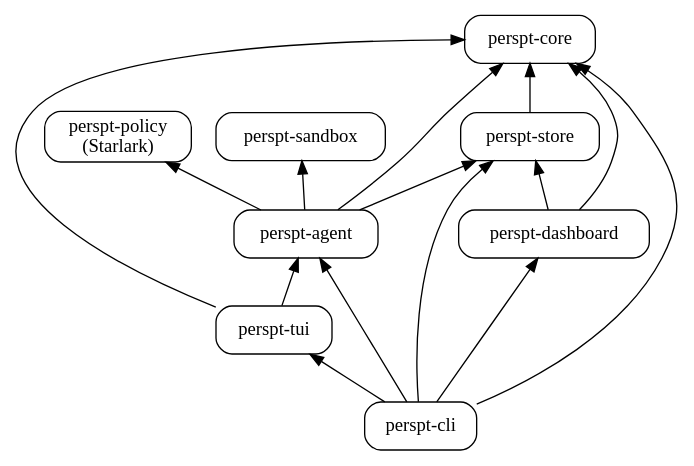
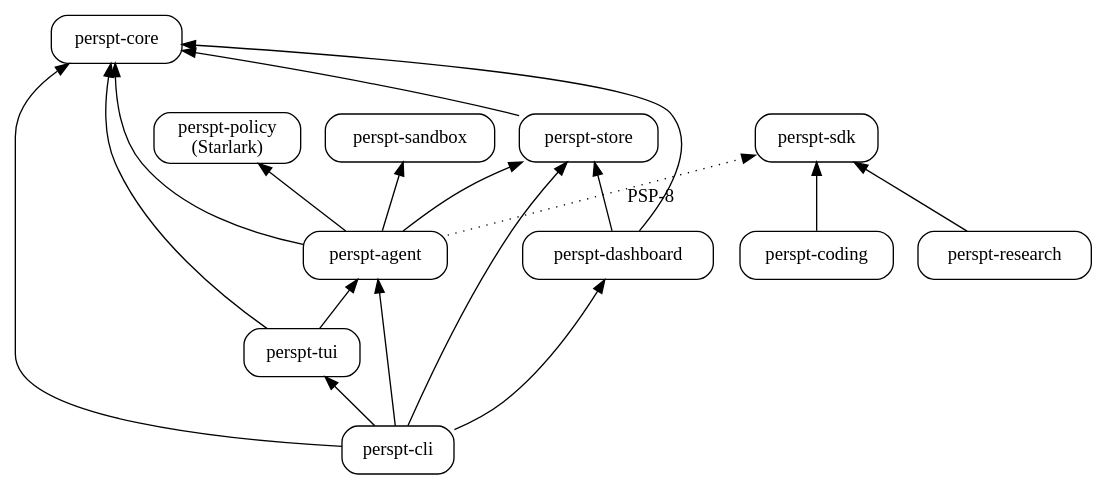
One commit to eonseed/perspt changed the diagram in docs/perspt_book/source/developer-guide/architecture.rst. Above: the diagram before and after it, drawn with Graphviz. The commit also changed other lines of this file and 38 other files, not shown here.

Commit message:
docs: Align Perspt book with the Stability paper series and PSP-8 platform

```diff
--- a/docs/perspt_book/source/developer-guide/architecture.rst
+++ b/docs/perspt_book/source/developer-guide/architecture.rst
@@ -31,23 +36,26 @@
 .. graphviz::
    :align: center
 
    digraph crates {
        rankdir=BT;
        node [shape=box, style=rounded];
        "perspt-cli" -> "perspt-core";
        "perspt-cli" -> "perspt-agent";
        "perspt-cli" -> "perspt-tui";
        "perspt-cli" -> "perspt-store";
        "perspt-agent" -> "perspt-core";
        "perspt-agent" -> "perspt-store";
        "perspt-agent" -> "perspt-policy";
        "perspt-agent" -> "perspt-sandbox";
+       "perspt-agent" -> "perspt-sdk" [style=dotted, label="PSP-8"];
        "perspt-tui" -> "perspt-core";
        "perspt-tui" -> "perspt-agent";
        "perspt-store" -> "perspt-core";
        "perspt-policy" [label="perspt-policy\n(Starlark)"];
        "perspt-sandbox" [label="perspt-sandbox"];
+       "perspt-coding" -> "perspt-sdk";
+       "perspt-research" -> "perspt-sdk";
        "perspt-dashboard" -> "perspt-store";
        "perspt-dashboard" -> "perspt-core";
        "perspt-cli" -> "perspt-dashboard";
    }
```
